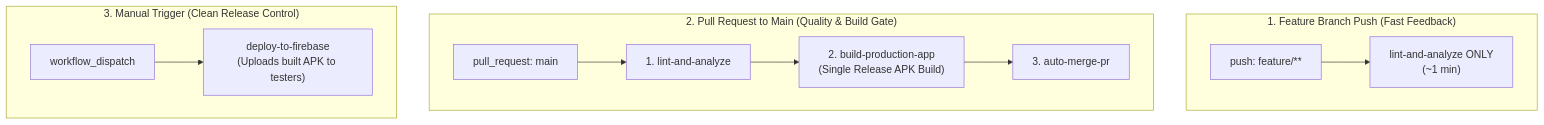
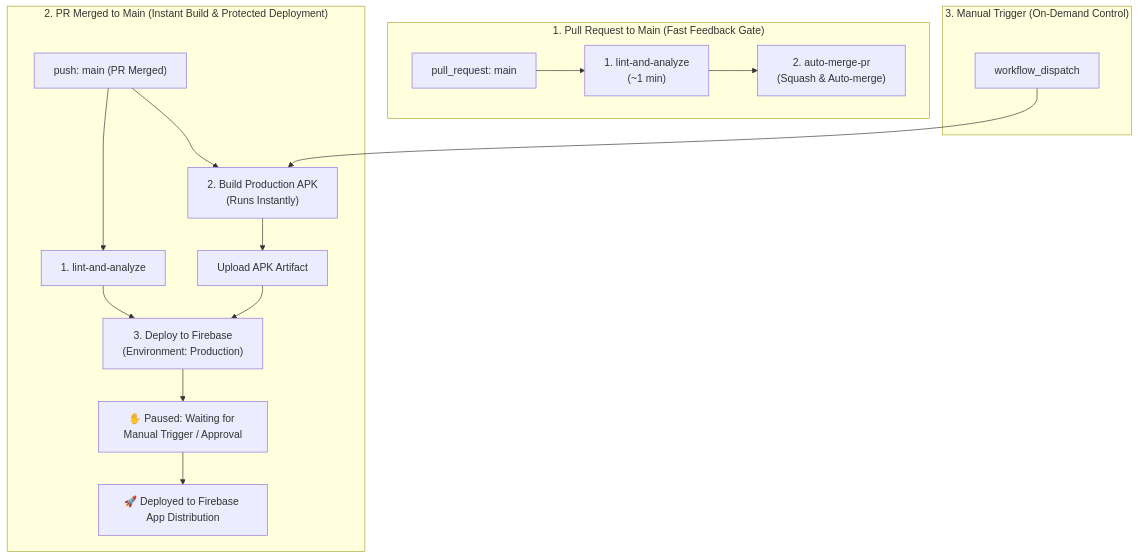
Before and after one commit to abhilashmamminiyan/manikutti_mobile: the diagram in README.md, drawn with Mermaid. The commit also changed other lines of this file and 14 other files, not shown here.

First line of the commit message:
feat: Loans & EMI dashboard + CI instant APK build workflow (#24)

````diff
--- a/README.md
+++ b/README.md
@@ -47,16 +47,20 @@
 ```mermaid
 graph TD
-    subgraph "1. Feature Branch Push (Fast Feedback)"
-        P1["push: feature/**"] --> P2["lint-and-analyze ONLY<br/>(~1 min)"]
+    subgraph "1. Pull Request to Main (Fast Feedback Gate)"
+        R1["pull_request: main"] --> R2["1. lint-and-analyze<br/>(~1 min)"]
+        R2 --> R3["2. auto-merge-pr<br/>(Squash & Auto-merge)"]
     end
 
-    subgraph "2. Pull Request to Main (Quality & Build Gate)"
-        R1["pull_request: main"] --> R2["1. lint-and-analyze"]
-        R2 --> R3["2. build-production-app<br/>(Single Release APK Build)"]
-        R3 --> R4["3. auto-merge-pr"]
+    subgraph "2. PR Merged to Main (Instant Build & Protected Deployment)"
+        M1["push: main (PR Merged)"] --> M2["1. lint-and-analyze"]
+        M1 --> M3["2. Build Production APK<br/>(Runs Instantly)"]
+        M3 --> M4["Upload APK Artifact"]
+        M2 & M4 --> D1["3. Deploy to Firebase<br/>(Environment: Production)"]
+        D1 --> D2["✋ Paused: Waiting for Manual Trigger / Approval"]
+        D2 --> D3["🚀 Deployed to Firebase App Distribution"]
     end
 
-    subgraph "3. Manual Trigger (Clean Release Control)"
-        M1["workflow_dispatch"] --> M2["deploy-to-firebase<br/>(Uploads built APK to testers)"]
+    subgraph "3. Manual Trigger (On-Demand Control)"
+        W1["workflow_dispatch"] --> M3
     end
 ```
````
